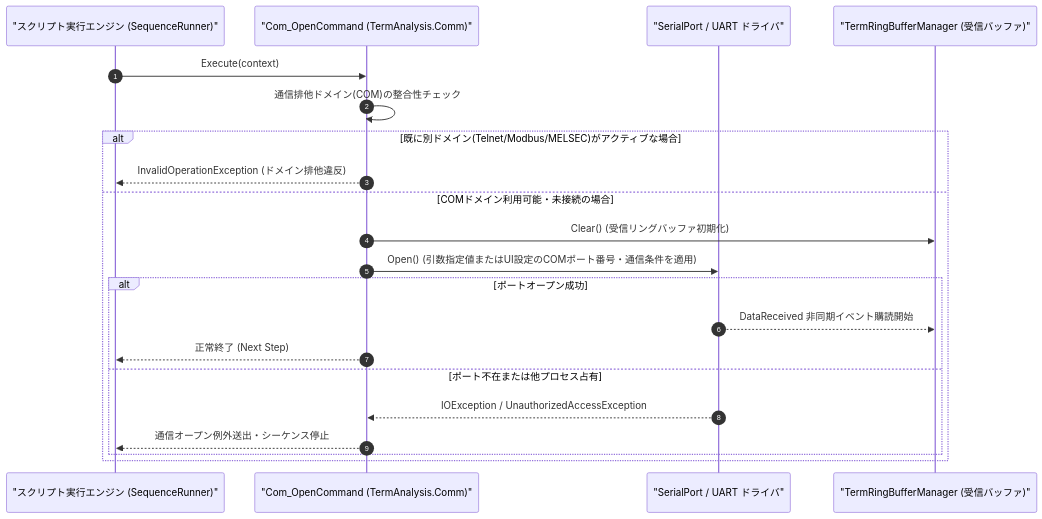
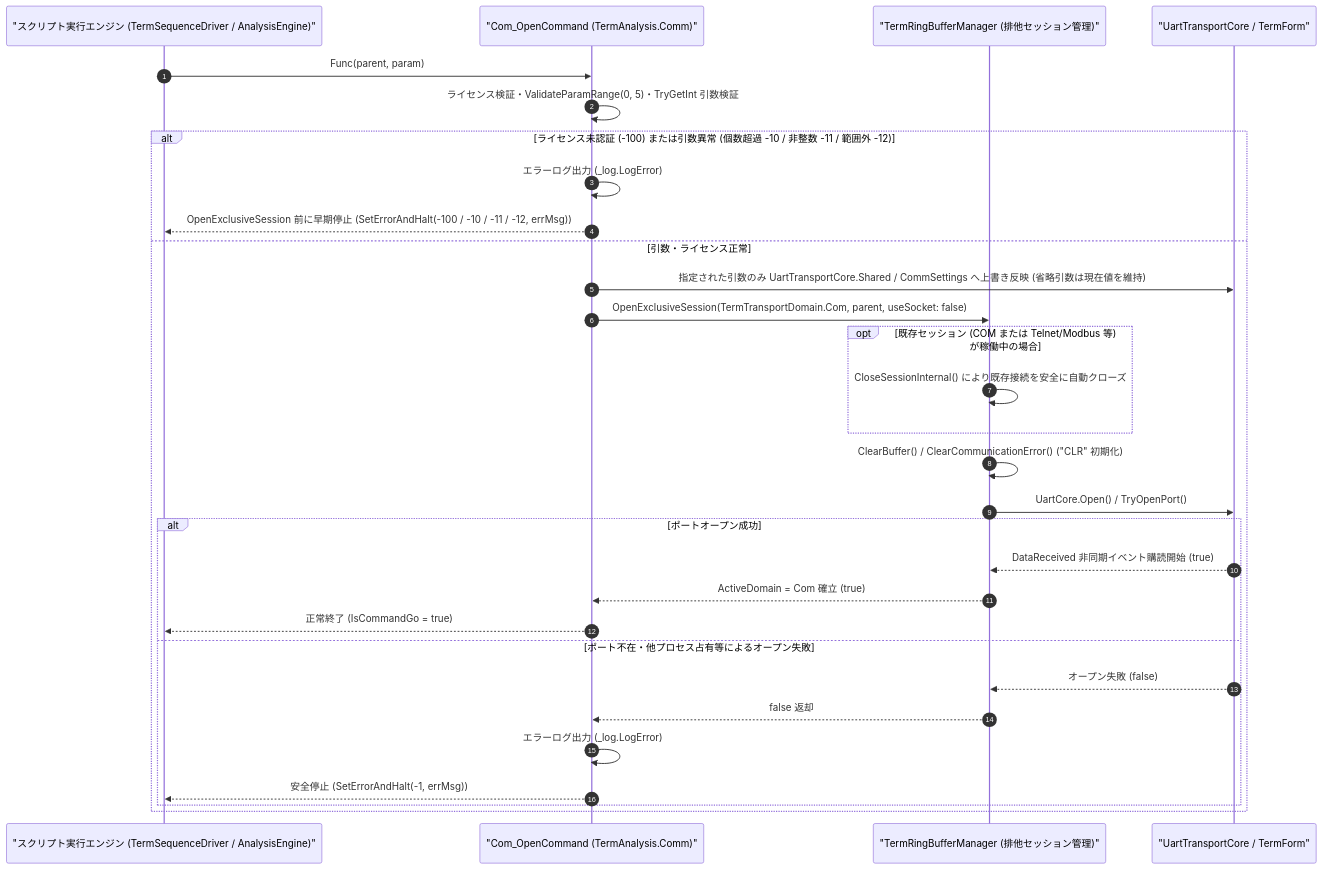
Before and after one commit to Monaca-App/TermAddIn_Comm: the diagram in Manual/Comm/Com_Open.Md, drawn with Mermaid. The commit also changed other lines of this file and 11 other files, not shown here.

````diff
--- a/Manual/Comm/Com_Open.Md
+++ b/Manual/Comm/Com_Open.Md
@@ -71,24 +76,33 @@
 ```mermaid
 sequenceDiagram
     autonumber
-    participant Script as "スクリプト実行エンジン (SequenceRunner)"
+    participant Script as "スクリプト実行エンジン (TermSequenceDriver / AnalysisEngine)"
     participant Cmd as "Com_OpenCommand (TermAnalysis.Comm)"
-    participant Port as "SerialPort / UART ドライバ"
-    participant Buf as "TermRingBufferManager (受信バッファ)"
+    participant Buf as "TermRingBufferManager (排他セッション管理)"
+    participant Port as "UartTransportCore / TermForm"
 
-    Script->>Cmd: Execute(context)
-    Cmd->>Cmd: 通信排他ドメイン(COM)の整合性チェック
-    alt 既に別ドメイン(Telnet/Modbus/MELSEC)がアクティブな場合
-        Cmd-->>Script: InvalidOperationException (ドメイン排他違反)
-    else COMドメイン利用可能・未接続の場合
-        Cmd->>Buf: Clear() (受信リングバッファ初期化)
-        Cmd->>Port: Open() (引数指定値またはUI設定のCOMポート番号・通信条件を適用)
+    Script->>Cmd: Func(parent, param)
+    Cmd->>Cmd: ライセンス検証・ValidateParamRange(0, 5)・TryGetInt 引数検証
+    alt ライセンス未認証 (-100) または引数異常 (個数超過 -10 / 非整数 -11 / 範囲外 -12)
+        Cmd->>Cmd: エラーログ出力 (_log.LogError)
+        Cmd-->>Script: OpenExclusiveSession 前に早期停止 (SetErrorAndHalt(-100 / -10 / -11 / -12, errMsg))
+    else 引数・ライセンス正常
+        Cmd->>Port: 指定された引数のみ UartTransportCore.Shared / CommSettings へ上書き反映 (省略引数は現在値を維持)
+        Cmd->>Buf: OpenExclusiveSession(TermTransportDomain.Com, parent, useSocket: false)
+        opt 既存セッション (COM または Telnet/Modbus 等) が稼働中の場合
+            Buf->>Buf: CloseSessionInternal() により既存接続を安全に自動クローズ
+        end
+        Buf->>Buf: ClearBuffer() / ClearCommunicationError() ("CLR" 初期化)
+        Buf->>Port: UartCore.Open() / TryOpenPort()
         alt ポートオープン成功
-            Port-->>Buf: DataReceived 非同期イベント購読開始
-            Cmd-->>Script: 正常終了 (Next Step)
-        else ポート不在または他プロセス占有
-            Port-->>Cmd: IOException / UnauthorizedAccessException
-            Cmd-->>Script: 通信オープン例外送出・シーケンス停止
+            Port-->>Buf: DataReceived 非同期イベント購読開始 (true)
+            Buf-->>Cmd: ActiveDomain = Com 確立 (true)
+            Cmd-->>Script: 正常終了 (IsCommandGo = true)
+        else ポート不在・他プロセス占有等によるオープン失敗
+            Port-->>Buf: オープン失敗 (false)
+            Buf-->>Cmd: false 返却
+            Cmd->>Cmd: エラーログ出力 (_log.LogError)
+            Cmd-->>Script: 安全停止 (SetErrorAndHalt(-1, errMsg))
         end
     end
 ```
````
